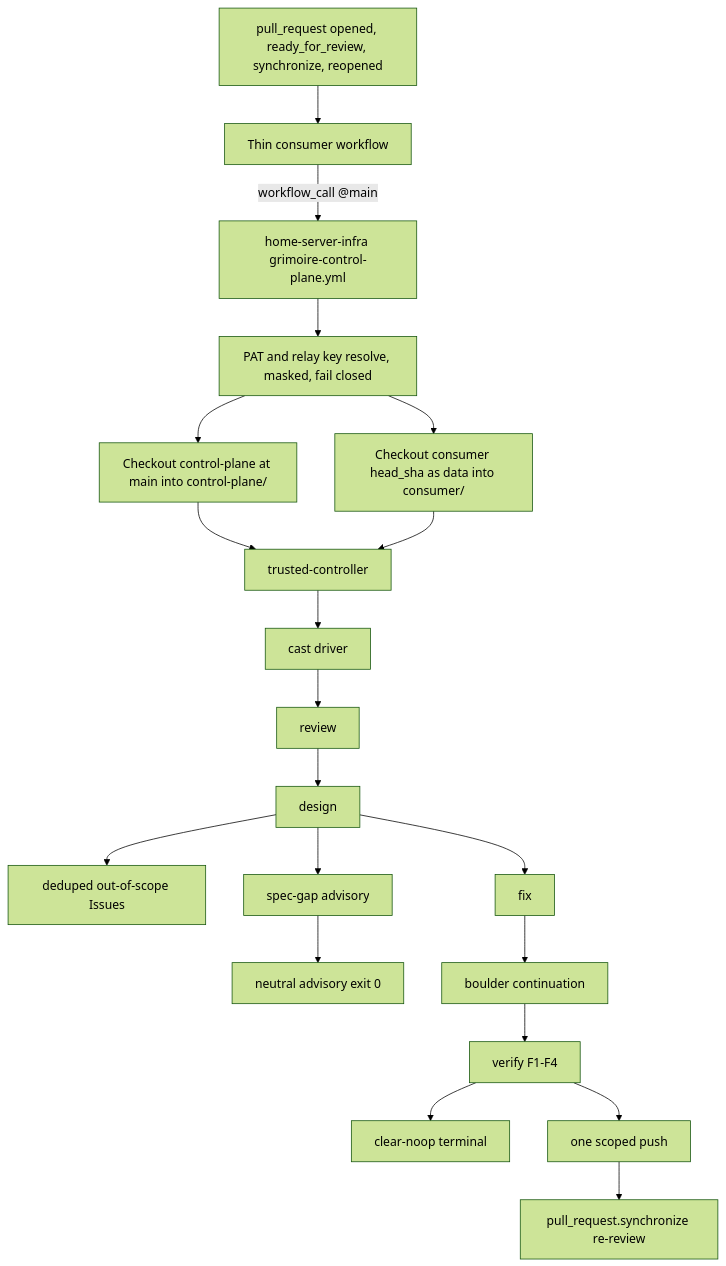
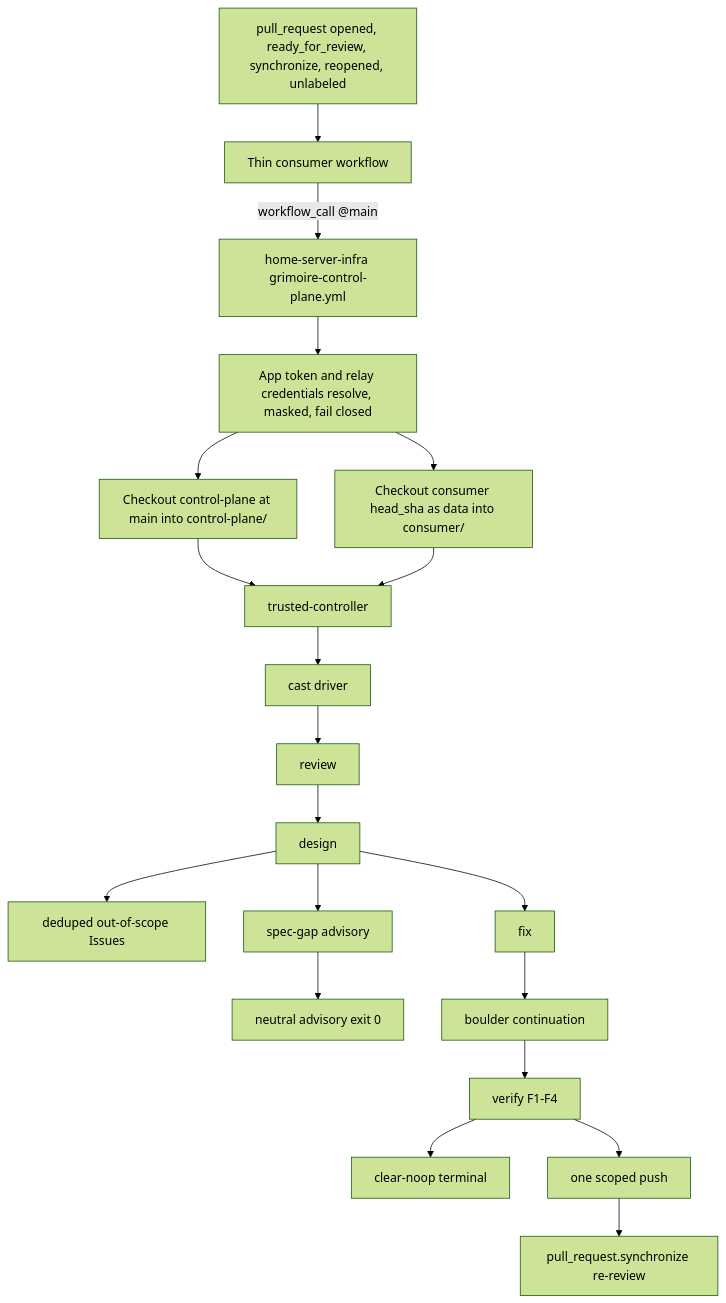
The diagram in docs/grimoire-reusable.md (DongwonTTuna-Labs/home-server-infra), drawn with Mermaid (forest theme) before and after one commit. The commit also changed other lines of this file and 3 other files, not shown here.

First line of the commit message:
docs(grimoire): update App auth operator guide

````diff
--- a/docs/grimoire-reusable.md
+++ b/docs/grimoire-reusable.md
@@ -68,22 +68,22 @@
 ```mermaid
 flowchart TD
-  PR[pull_request opened, ready_for_review, synchronize, reopened] --> Caller[Thin consumer workflow]
+  PR[pull_request opened, ready_for_review, synchronize, reopened, unlabeled] --> Caller[Thin consumer workflow]
   Caller -->|workflow_call @main| Reusable[home-server-infra grimoire-control-plane.yml]
-  Reusable --> Auth[PAT and relay key resolve, masked, fail closed]
+  Reusable --> Auth[App token and relay credentials resolve, masked, fail closed]
   Auth --> Control[Checkout control-plane at main into control-plane/]
   Auth --> Consumer[Checkout consumer head_sha as data into consumer/]
   Control --> Trusted[trusted-controller]
   Consumer --> Trusted
   Trusted --> Cast[cast driver]
   Cast --> Review[review]
   Review --> Design[design]
   Design --> Issues[deduped out-of-scope Issues]
   Design --> Gap[spec-gap advisory]
   Gap --> Advisory[neutral advisory exit 0]
   Design --> Fix[fix]
   Fix --> Boulder[boulder continuation]
   Boulder --> Verify[verify F1-F4]
   Verify --> Clear[clear-noop terminal]
   Verify --> Push[one scoped push]
   Push --> Sync[pull_request.synchronize re-review]
 ```
````
